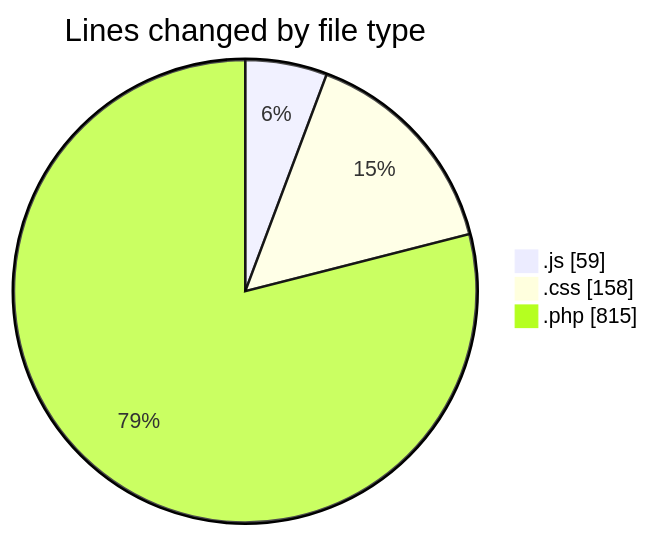
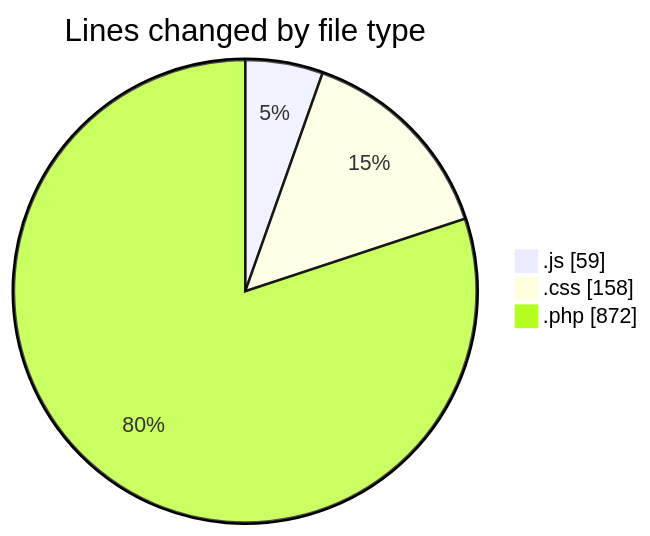
The first of 2 diagrams in 2025-08-25/quytuthien_vn/README.md (lephambinh05/code-tracking), drawn with Mermaid before and after one commit. The commit also changed other lines of this file and 1 other file, not shown here.

````diff
--- a/2025-08-25/quytuthien_vn/README.md
+++ b/2025-08-25/quytuthien_vn/README.md
@@ -33,7 +33,7 @@
 ```mermaid
 pie showData
 title Lines changed by file type
 ".js" : 59
 ".css" : 158
-".php" : 815
+".php" : 872
 ```
````
